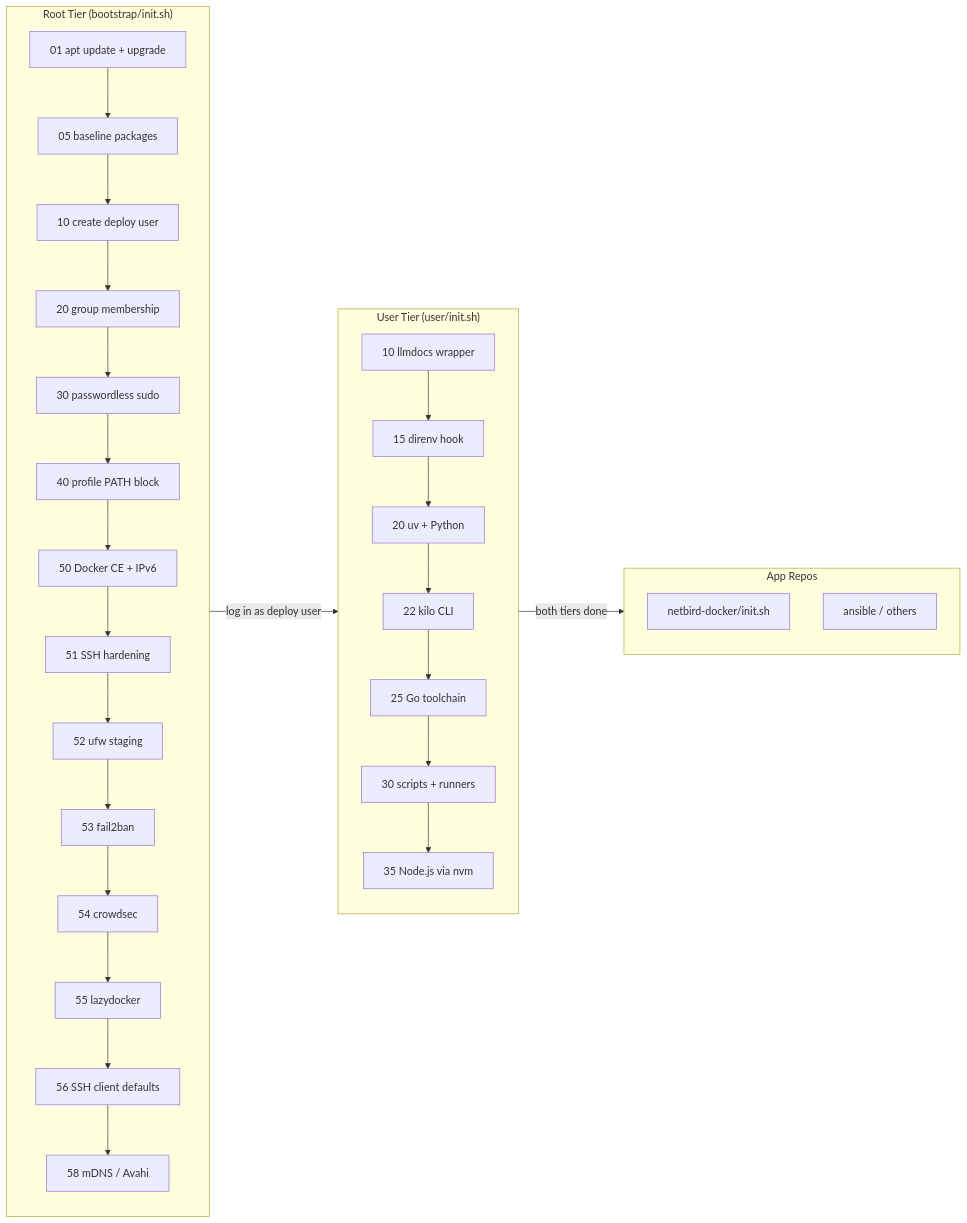
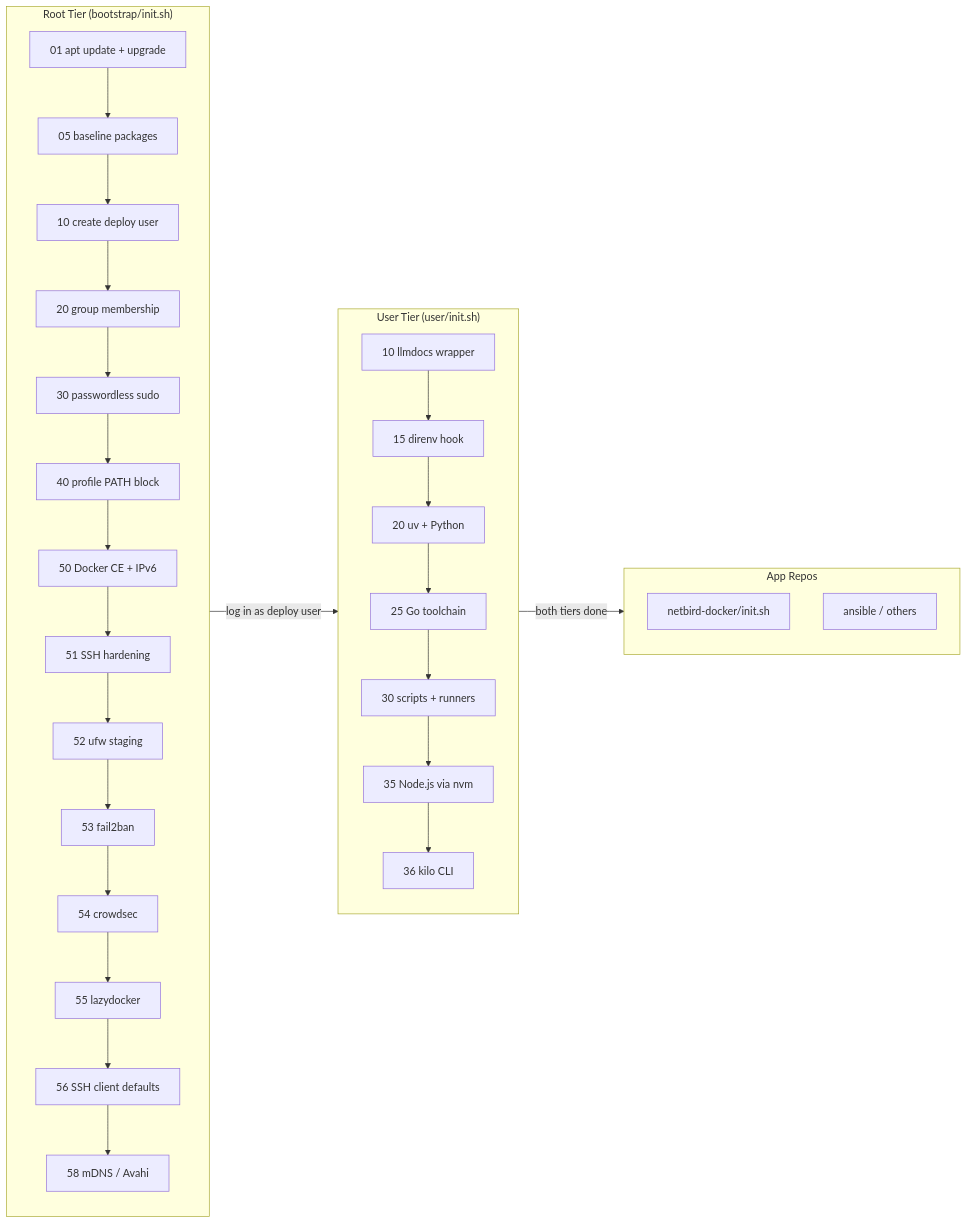
Before and after one commit to broadminde-org/bootstrap: the second of 3 diagrams in codemap.md, drawn with Mermaid. The commit also changed other lines of this file and 65 other files, not shown here.

````diff
--- a/codemap.md
+++ b/codemap.md
@@ -60,42 +60,42 @@
 ```mermaid
 flowchart LR
     subgraph Root["Root Tier (bootstrap/init.sh)"]
         direction TB
         R1["01 apt update + upgrade"]
         R2["05 baseline packages"]
         R3["10 create deploy user"]
         R4["20 group membership"]
         R5["30 passwordless sudo"]
         R6["40 profile PATH block"]
         R7["50 Docker CE + IPv6"]
         R8["51 SSH hardening"]
         R9["52 ufw staging"]
         R10["53 fail2ban"]
         R11["54 crowdsec"]
         R12["55 lazydocker"]
         R13["56 SSH client defaults"]
         R14["58 mDNS / Avahi"]
         R1 --> R2 --> R3 --> R4 --> R5 --> R6 --> R7 --> R8 --> R9 --> R10 --> R11 --> R12 --> R13 --> R14
     end
 
     subgraph User["User Tier (user/init.sh)"]
         direction TB
         U1["10 llmdocs wrapper"]
         U2["15 direnv hook"]
         U3["20 uv + Python"]
-        U3b["22 kilo CLI"]
+        U3b["36 kilo CLI"]
         U4["25 Go toolchain"]
         U5["30 scripts + runners"]
         U6["35 Node.js via nvm"]
-        U1 --> U2 --> U3 --> U3b --> U4 --> U5 --> U6
+        U1 --> U2 --> U3 --> U4 --> U5 --> U6 --> U3b
     end
 
     subgraph Apps["App Repos"]
         direction TB
         A1["netbird-docker/init.sh"]
         A2["ansible / others"]
     end
 
     Root -->|"log in as deploy user"| User
     User -->|"both tiers done"| Apps
 ```
````
